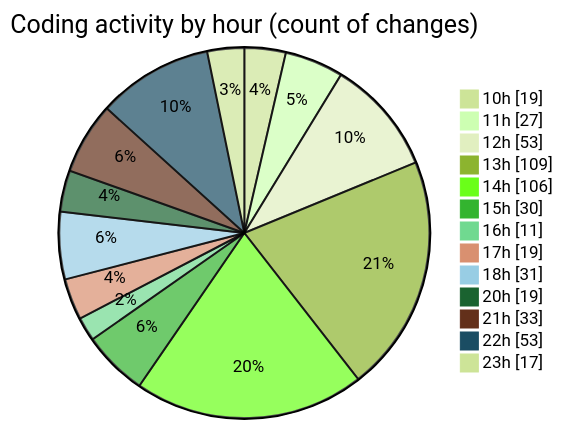
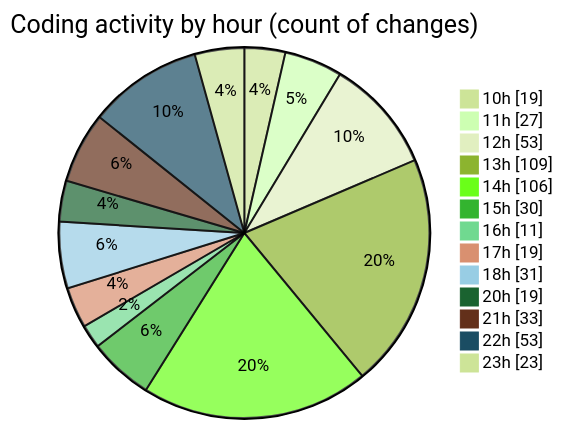
One commit to momahboobian/code-tracking changed the second of 2 diagrams in 2025-03-18/cda/README.md. Above: the diagram before and after it, drawn with Mermaid (forest theme). The commit also changed other lines of this file and 1 other file, not shown here.

````diff
--- a/2025-03-18/cda/README.md
+++ b/2025-03-18/cda/README.md
@@ -46,17 +46,17 @@
 ```mermaid
 pie showData
 title Coding activity by hour (count of changes)
 "10h" : 19
 "11h" : 27
 "12h" : 53
 "13h" : 109
 "14h" : 106
 "15h" : 30
 "16h" : 11
 "17h" : 19
 "18h" : 31
 "20h" : 19
 "21h" : 33
 "22h" : 53
-"23h" : 17
+"23h" : 23
 ```
````
